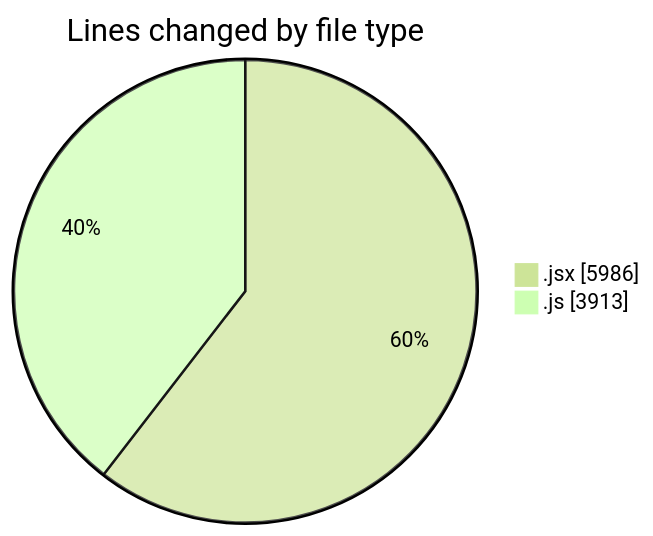
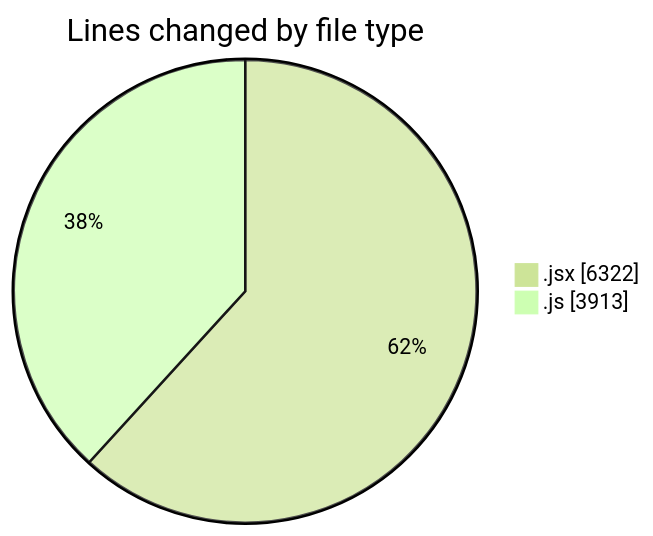
One commit to nxtqubesakshisongat/code-tracking changed the first of 2 diagrams in 2025-09-28/nxtqube_webapp/README.md. Above: the diagram before and after it, drawn with Mermaid (forest theme). The commit also changed other lines of this file and 1 other file, not shown here.

````diff
--- a/2025-09-28/nxtqube_webapp/README.md
+++ b/2025-09-28/nxtqube_webapp/README.md
@@ -23,6 +23,6 @@
 ```mermaid
 pie showData
 title Lines changed by file type
-".jsx" : 5986
+".jsx" : 6322
 ".js" : 3913
 ```
````
